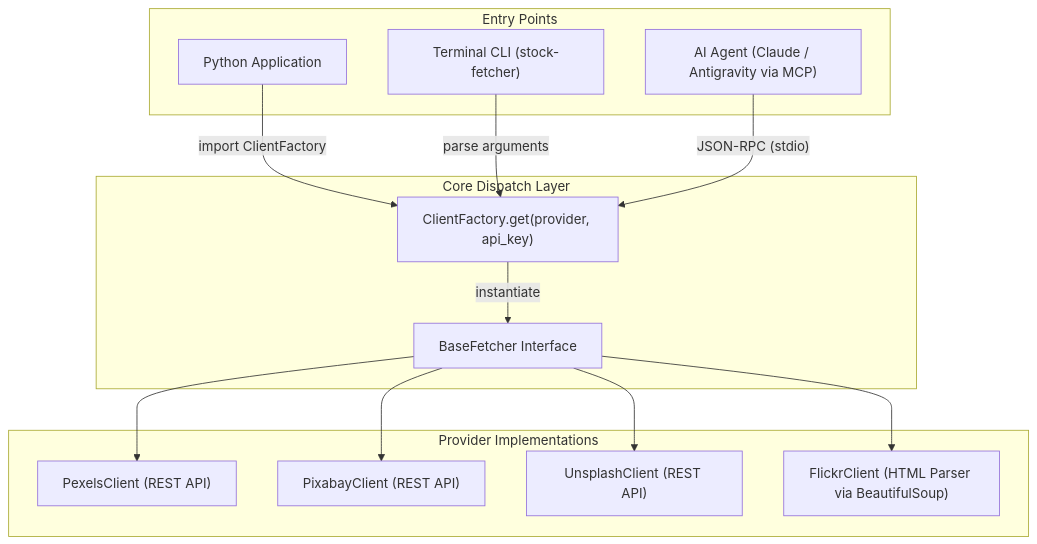
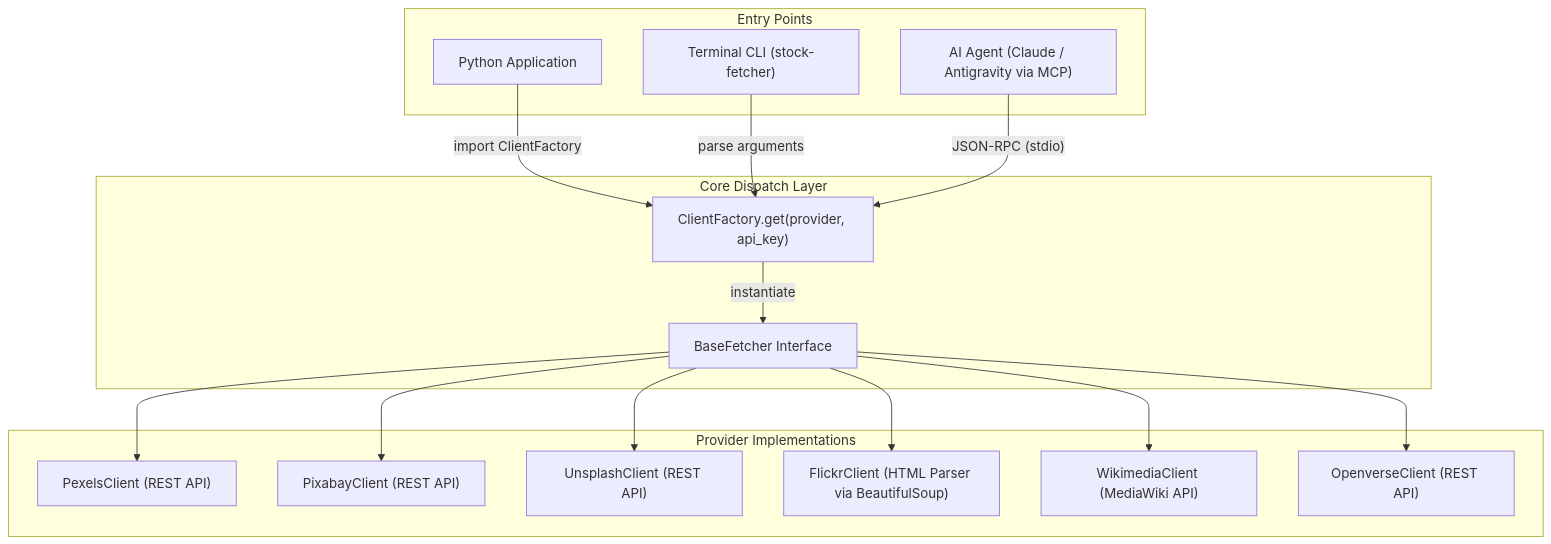
The first of 2 diagrams in README.md (AtaCanYmc/stock-fetcher), drawn with Mermaid before and after one commit. The commit also changed other lines of this file and 16 other files, not shown here.

First line of the commit message:
feat(providers): add Wikimedia Commons and Openverse client integrations

````diff
--- a/README.md
+++ b/README.md
@@ -57,30 +57,34 @@
 ```mermaid
 flowchart TD
     subgraph Consumers["Entry Points"]
         App["Python Application"]
         CLI["Terminal CLI (stock-fetcher)"]
         AI["AI Agent (Claude / Antigravity via MCP)"]
     end
 
     subgraph Core["Core Dispatch Layer"]
         Factory["ClientFactory.get(provider, api_key)"]
         Base["BaseFetcher Interface"]
     end
 
     subgraph Providers["Provider Implementations"]
         Pexels["PexelsClient (REST API)"]
         Pixabay["PixabayClient (REST API)"]
         Unsplash["UnsplashClient (REST API)"]
         Flickr["FlickrClient (HTML Parser via BeautifulSoup)"]
+        Wikimedia["WikimediaClient (MediaWiki API)"]
+        Openverse["OpenverseClient (REST API)"]
     end
 
     App -->|"import ClientFactory"| Factory
     CLI -->|"parse arguments"| Factory
     AI -->|"JSON-RPC (stdio)"| Factory
 
     Factory -->|"instantiate"| Base
     Base --> Pexels
     Base --> Pixabay
     Base --> Unsplash
     Base --> Flickr
+    Base --> Wikimedia
+    Base --> Openverse
 ```
````
